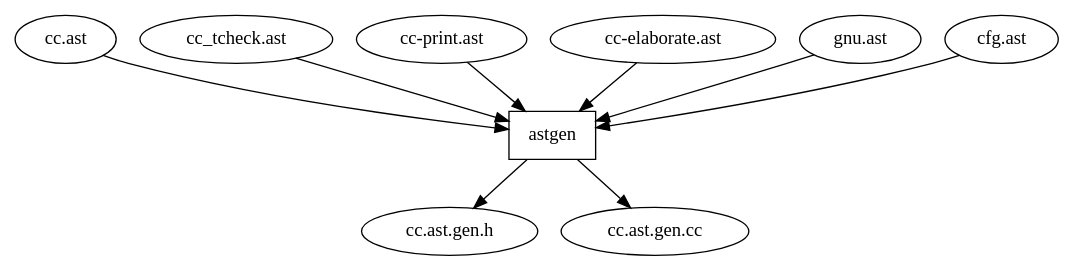
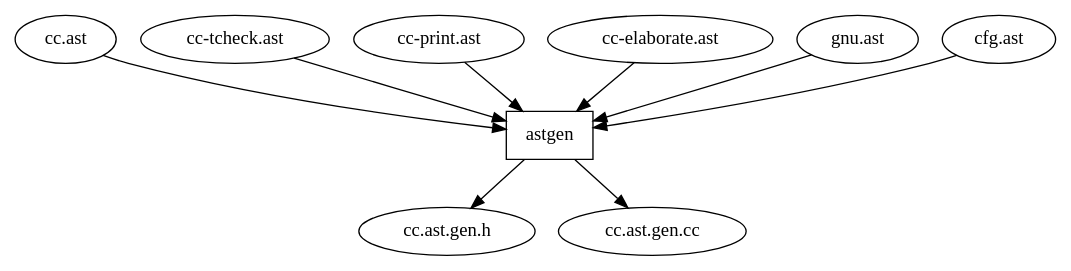
Before and after one commit to smcpeak/elsa: the diagram in doc/ast_build.dot, drawn with Graphviz. The commit also changed 30 other files, not shown here.

Commit message:
Rename cc_tcheck.{cc,ast} to cc-tcheck.{cc,ast}.

```diff
--- a/doc/ast_build.dot
+++ b/doc/ast_build.dot
@@ -1,19 +1,19 @@
 // ast_build.dot
 // information flow for building the Elsa AST
 
 digraph "Elsa AST Build Process" {
 
   "cc.ast" -> "astgen";
-  "cc_tcheck.ast" -> "astgen";
+  "cc-tcheck.ast" -> "astgen";
   "cc-print.ast" -> "astgen";
   "cc-elaborate.ast" -> "astgen";
   "gnu.ast" -> "astgen";
   "cfg.ast" -> "astgen";
 
   "astgen" [
     shape = rectangle
   ];
 
   "astgen" -> "cc.ast.gen.h";
   "astgen" -> "cc.ast.gen.cc";
 }
```
